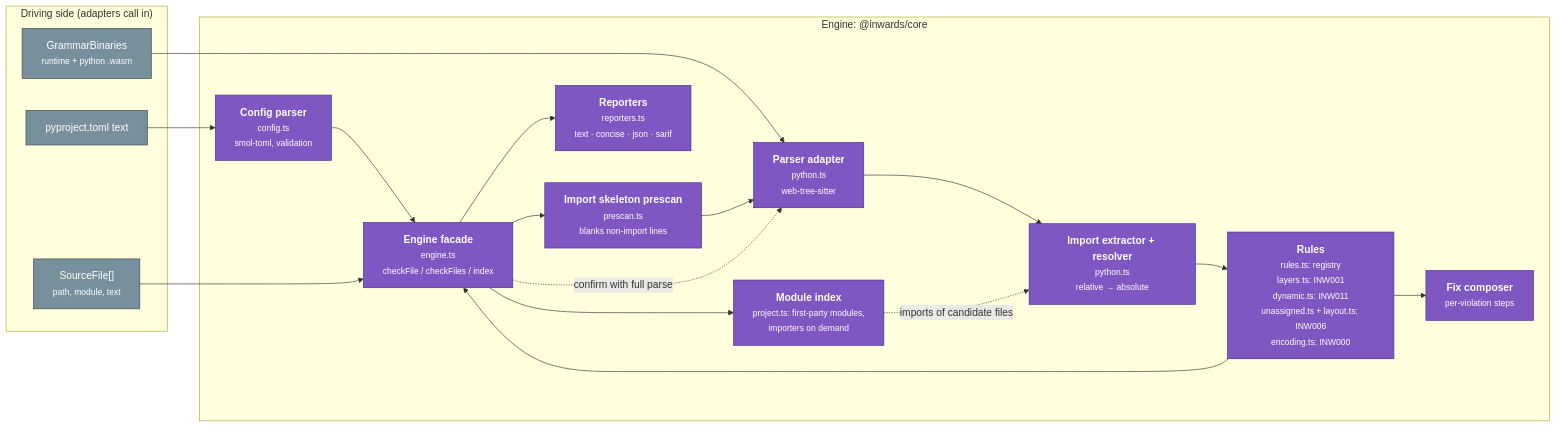
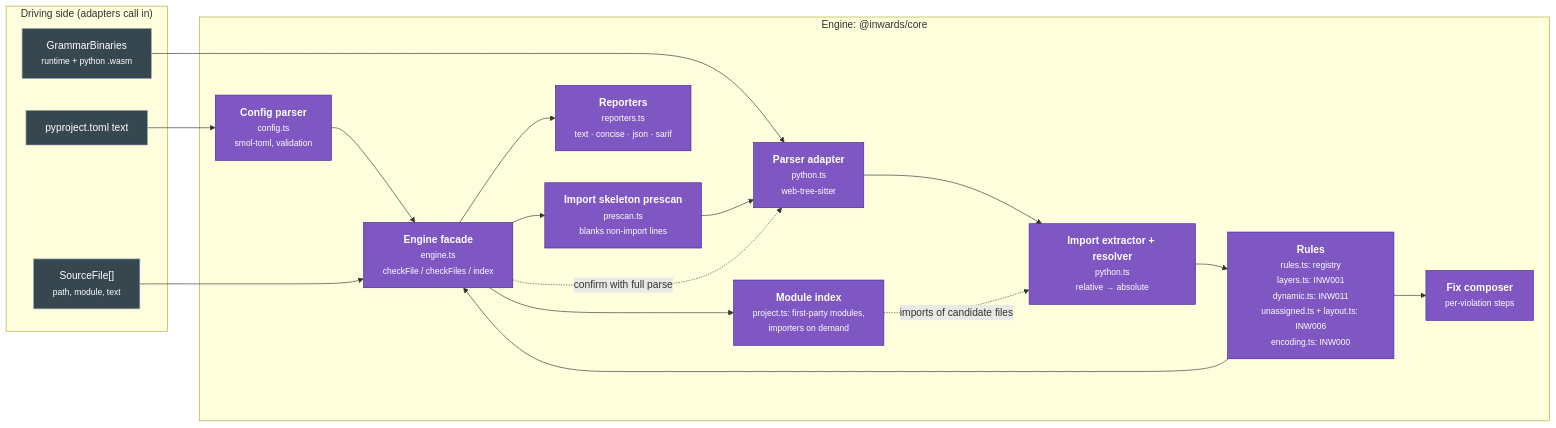
Before and after one commit to SirCypkowskyy/inwards: the third of 6 diagrams in docs/chapters/03-Architecture-C4.md, drawn with Mermaid. The commit also changed other lines of this file and 4 other files, not shown here.

````diff
--- a/docs/chapters/03-Architecture-C4.md
+++ b/docs/chapters/03-Architecture-C4.md
@@ -112,37 +112,37 @@
 ```mermaid
 flowchart LR
     subgraph driving["Driving side (adapters call in)"]
         files["SourceFile[]<br/><small>path, module, text</small>"]
         cfgtext["pyproject.toml text"]
         wasm["GrammarBinaries<br/><small>runtime + python .wasm</small>"]
     end
 
     subgraph enginebox["Engine: @inwards/core"]
         config["<b>Config parser</b><br/><small>config.ts<br/>smol-toml, validation</small>"]
         pre["<b>Import skeleton prescan</b><br/><small>prescan.ts<br/>blanks non-import lines</small>"]
         parser["<b>Parser adapter</b><br/><small>python.ts<br/>web-tree-sitter</small>"]
         extract["<b>Import extractor + resolver</b><br/><small>python.ts<br/>relative → absolute</small>"]
         rules["<b>Rules</b><br/><small>rules.ts: registry<br/>layers.ts: INW001<br/>dynamic.ts: INW011<br/>unassigned.ts + layout.ts: INW006<br/>encoding.ts: INW000</small>"]
         fix["<b>Fix composer</b><br/><small>per-violation steps</small>"]
         report["<b>Reporters</b><br/><small>reporters.ts<br/>text · concise · json · sarif</small>"]
         engine["<b>Engine facade</b><br/><small>engine.ts<br/>checkFile / checkFiles / index</small>"]
         modgraph["<b>Module index</b><br/><small>project.ts: first-party modules,<br/>importers on demand</small>"]
     end
 
     cfgtext --> config --> engine
     wasm --> parser
     files --> engine
     engine --> pre --> parser --> extract --> rules
     rules --> fix
     rules --> engine
     engine -. "confirm with full parse" .-> parser
     engine --> modgraph
     modgraph -. "imports of candidate files" .-> extract
     engine --> report
 
     classDef comp fill:#7e57c2,color:#fff,stroke:#4527a0
-    classDef planned fill:#9575cd,color:#fff,stroke:#673ab7,stroke-dasharray:5 5
-    classDef port fill:#78909c,color:#fff,stroke:#37474f
+    classDef planned fill:#4527a0,color:#fff,stroke:#7e57c2,stroke-dasharray:5 5
+    classDef port fill:#37474f,color:#fff,stroke:#90a4ae
     class config,pre,parser,extract,rules,fix,report,engine,modgraph comp
     class files,cfgtext,wasm port
 ```
````
